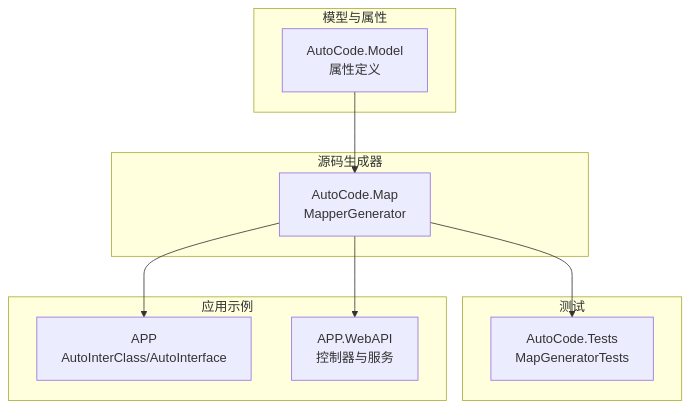
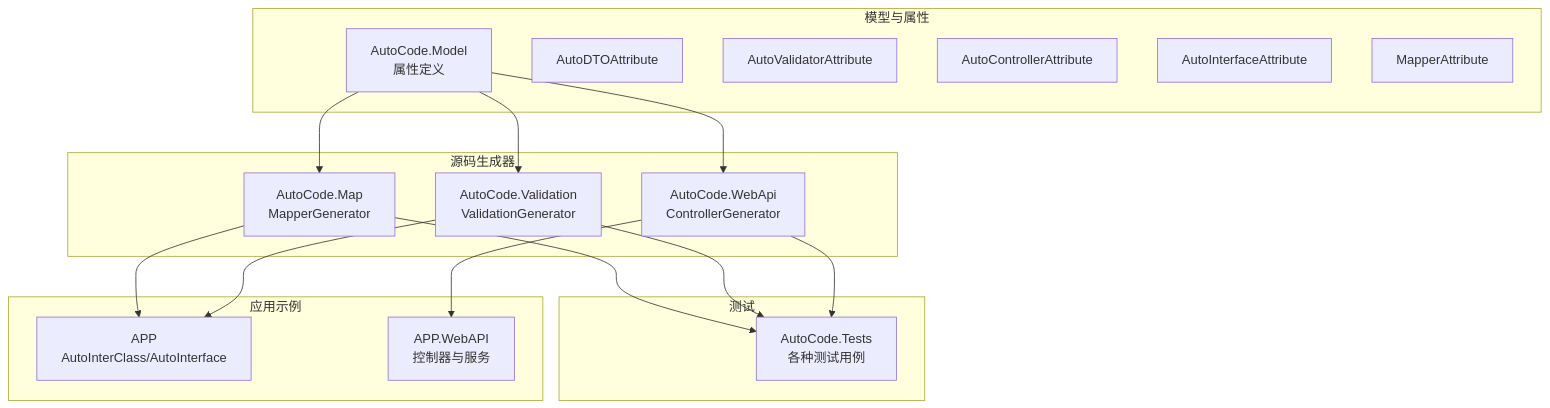
One commit to alivy/AutoCode changed the first of 3 diagrams in .qoder/repowiki/zh/content/核心概念/属性系统.md. Above: the diagram before and after it, drawn with Mermaid. The commit also changed other lines of this file and 38 other files, not shown here.

````diff
--- a/.qoder/repowiki/zh/content/核心概念/属性系统.md
+++ b/.qoder/repowiki/zh/content/核心概念/属性系统.md
@@ -48,20 +57,32 @@
 ```mermaid
 graph TB
 subgraph "模型与属性"
 A["AutoCode.Model<br/>属性定义"]
+A1["AutoDTOAttribute"]
+A2["AutoValidatorAttribute"]
+A3["AutoControllerAttribute"]
+A4["AutoInterfaceAttribute"]
+A5["MapperAttribute"]
 end
 subgraph "源码生成器"
 B["AutoCode.Map<br/>MapperGenerator"]
+C["AutoCode.Validation<br/>ValidationGenerator"]
+D["AutoCode.WebApi<br/>ControllerGenerator"]
 end
 subgraph "测试"
-C["AutoCode.Tests<br/>MapGeneratorTests"]
+E["AutoCode.Tests<br/>各种测试用例"]
 end
 subgraph "应用示例"
-D["APP<br/>AutoInterClass/AutoInterface"]
-E["APP.WebAPI<br/>控制器与服务"]
+F["APP<br/>AutoInterClass/AutoInterface"]
+G["APP.WebAPI<br/>控制器与服务"]
 end
 A --> B
-B --> C
-B --> D
+A --> C
+A --> D
 B --> E
+C --> E
+D --> E
+B --> F
+C --> F
+D --> G
 ```
````
